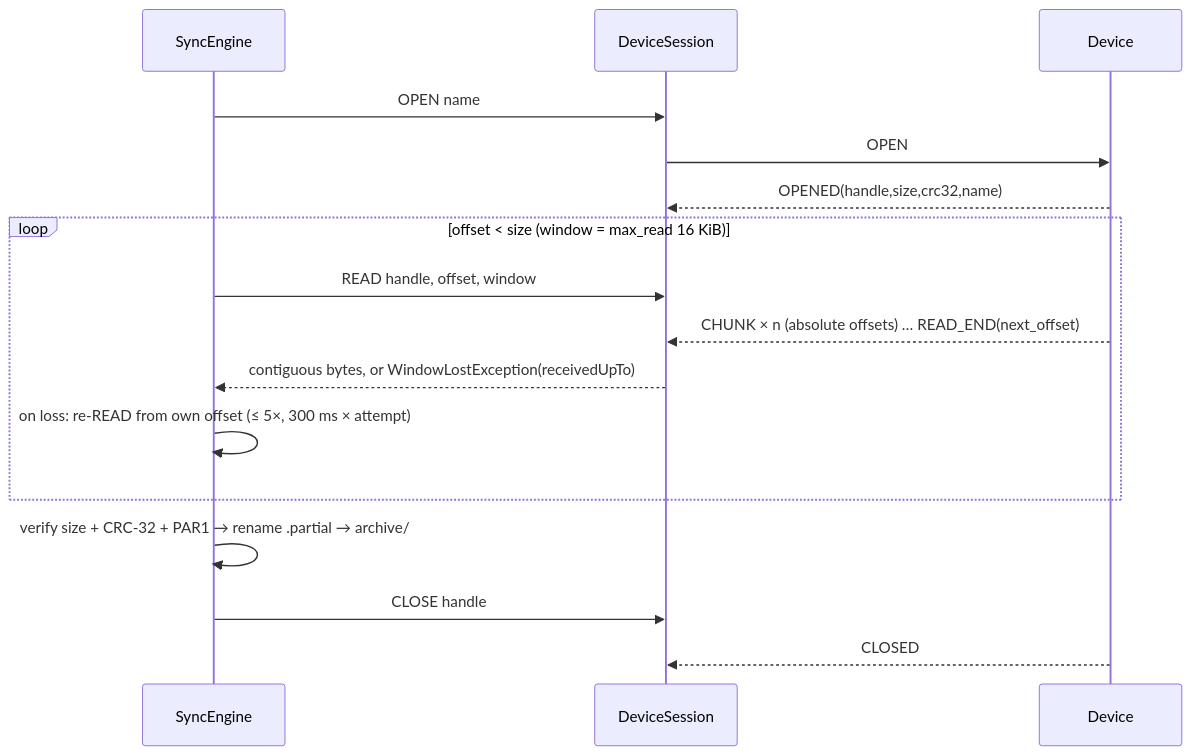
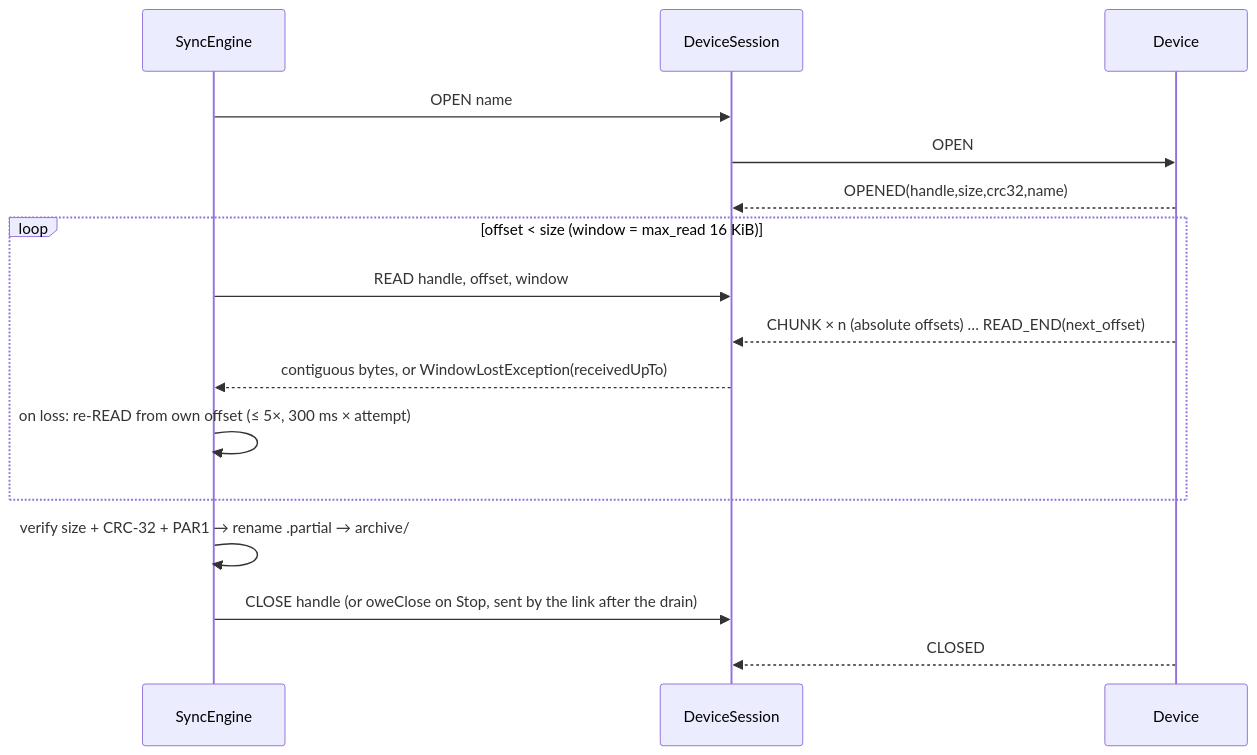
One commit to walkthru-earth/opensensor-space-mobile changed the first of 3 diagrams in docs/sync-engine.md. Above: the diagram before and after it, drawn with Mermaid. The commit also changed other lines of this file and 37 other files, not shown here.

First line of the commit message:
Move DeviceSession and SyncEngine onto LinkSession with an owed CLOSE, an off-reader writer and a free space gate (#69)

````diff
--- a/docs/sync-engine.md
+++ b/docs/sync-engine.md
@@ -48,18 +48,18 @@
 ```mermaid
 sequenceDiagram
   participant E as SyncEngine
   participant S as DeviceSession
   participant D as Device
   E->>S: OPEN name
   S->>D: OPEN
   D-->>S: OPENED(handle,size,crc32,name)
   loop offset < size (window = max_read 16 KiB)
     E->>S: READ handle, offset, window
     D-->>S: CHUNK × n (absolute offsets) … READ_END(next_offset)
     S-->>E: contiguous bytes, or WindowLostException(receivedUpTo)
     E->>E: on loss: re-READ from own offset (≤ 5×, 300 ms × attempt)
   end
   E->>E: verify size + CRC-32 + PAR1 → rename .partial → archive/
-  E->>S: CLOSE handle
+  E->>S: CLOSE handle (or oweClose on Stop, sent by the link after the drain)
   D-->>S: CLOSED
 ```
````
